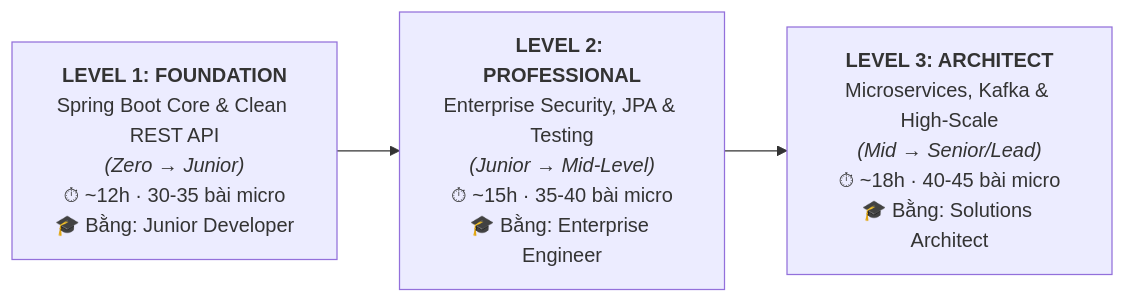
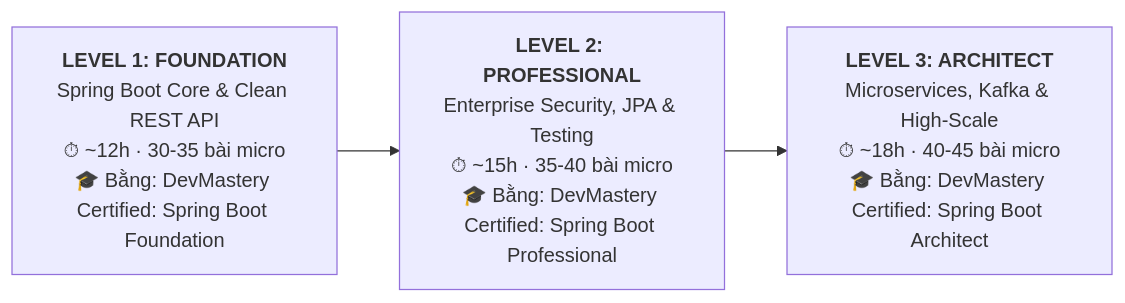
One commit to hanndbn/spring-boot-course changed the first of 2 diagrams in CURRICULUM_STANDARDS.md. Above: the diagram before and after it, drawn with Mermaid. The commit also changed other lines of this file, not shown here.

Commit message:
docs: release CES-2026 v2.3 with strict object separation, level-based rubrics, and static schemas

````diff
--- a/CURRICULUM_STANDARDS.md
+++ b/CURRICULUM_STANDARDS.md
@@ -42,6 +45,6 @@
 ```mermaid
 flowchart LR
-    L1["<b>LEVEL 1: FOUNDATION</b><br>Spring Boot Core & Clean REST API<br><i>(Zero → Junior)</i><br>⏱ ~12h · 30-35 bài micro<br>🎓 Bằng: Junior Developer"] 
-    --> L2["<b>LEVEL 2: PROFESSIONAL</b><br>Enterprise Security, JPA & Testing<br><i>(Junior → Mid-Level)</i><br>⏱ ~15h · 35-40 bài micro<br>🎓 Bằng: Enterprise Engineer"]
-    --> L3["<b>LEVEL 3: ARCHITECT</b><br>Microservices, Kafka & High-Scale<br><i>(Mid → Senior/Lead)</i><br>⏱ ~18h · 40-45 bài micro<br>🎓 Bằng: Solutions Architect"]
+    L1["<b>LEVEL 1: FOUNDATION</b><br>Spring Boot Core & Clean REST API<br>⏱ ~12h · 30-35 bài micro<br>🎓 Bằng: DevMastery Certified: Spring Boot Foundation"] 
+    --> L2["<b>LEVEL 2: PROFESSIONAL</b><br>Enterprise Security, JPA & Testing<br>⏱ ~15h · 35-40 bài micro<br>🎓 Bằng: DevMastery Certified: Spring Boot Professional"]
+    --> L3["<b>LEVEL 3: ARCHITECT</b><br>Microservices, Kafka & High-Scale<br>⏱ ~18h · 40-45 bài micro<br>🎓 Bằng: DevMastery Certified: Spring Boot Architect"]
 ```
````
